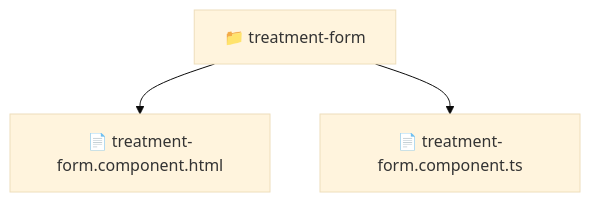
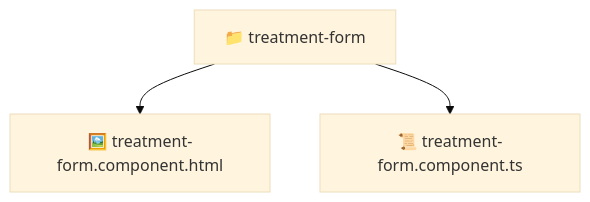
One commit to beginwebdev2002/fullstack-mavluda changed the diagram in frontend/src/pages/treatments/components/treatment-form/README.md. Above: the diagram before and after it, drawn with Mermaid (base theme). The commit also changed other lines of this file and 163 other files, not shown here.

````diff
--- a/frontend/src/pages/treatments/components/treatment-form/README.md
+++ b/frontend/src/pages/treatments/components/treatment-form/README.md
@@ -11,6 +11,6 @@
 ```mermaid
 graph TD
-  Root["📁 treatment-form"]
-  Root --> treatment_form_component_html["📄 treatment-form.component.html"]
-  Root --> treatment_form_component_ts["📄 treatment-form.component.ts"]
+  treatment_form["📁 treatment-form"]
+  treatment_form --> treatment_form_component_html["🖼️ treatment-form.component.html"]
+  treatment_form --> treatment_form_component_ts["📜 treatment-form.component.ts"]
 ```
````
